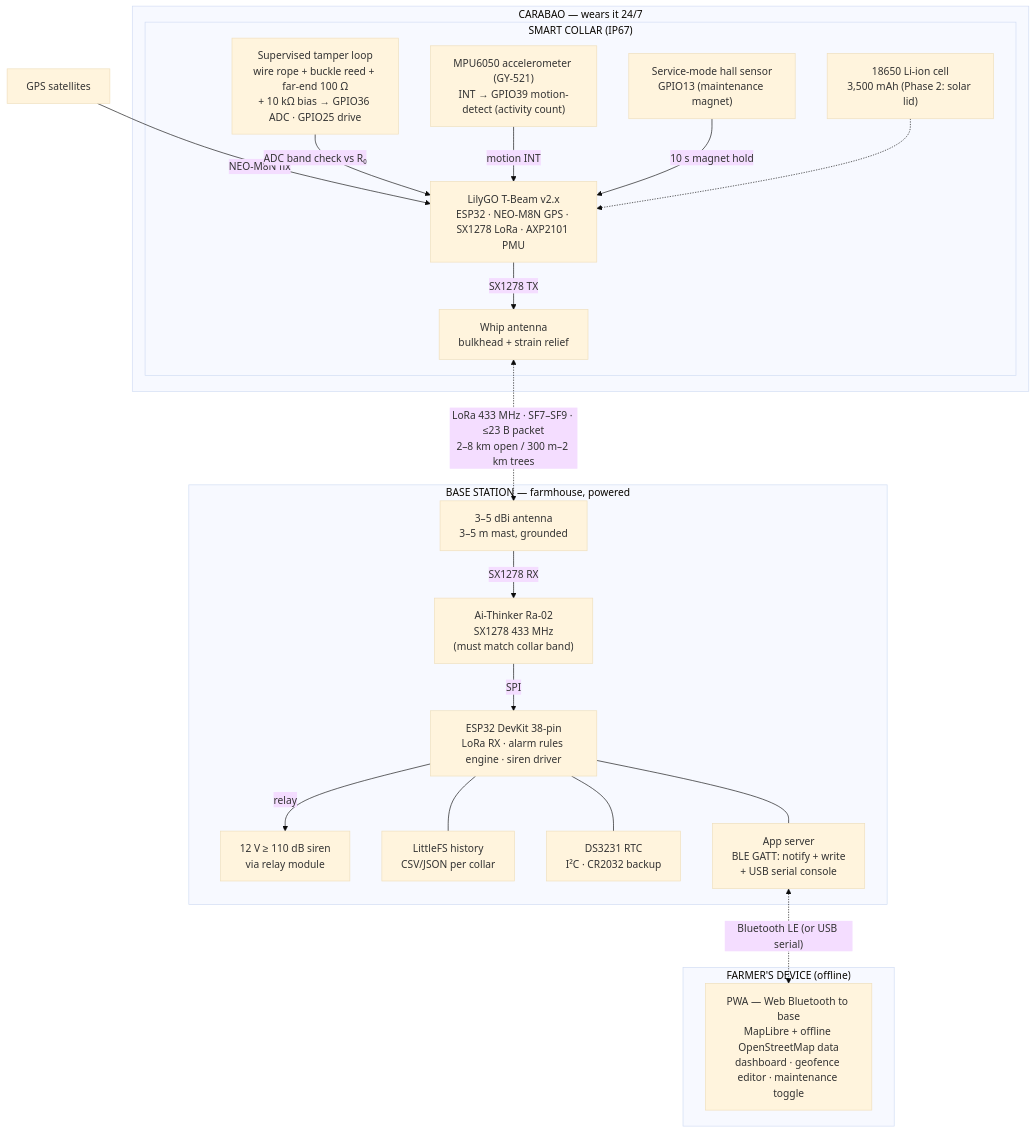
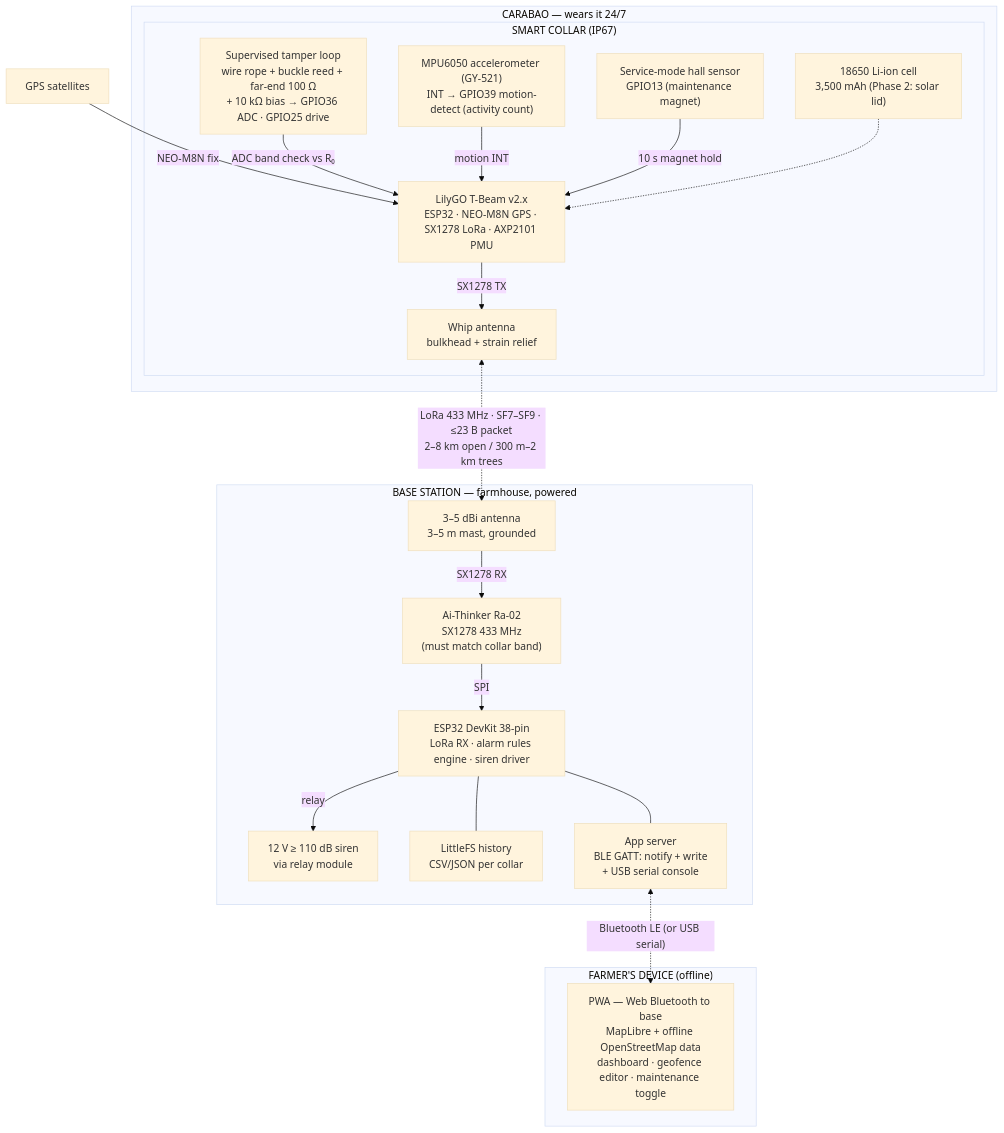
Before and after one commit to qppd/smart-collar: the first of 2 diagrams in docs/BLOCK-DIAGRAM.md, drawn with Mermaid (base theme). The commit also changed 11 other files, not shown here.

````diff
--- a/docs/BLOCK-DIAGRAM.md
+++ b/docs/BLOCK-DIAGRAM.md
@@ -9,44 +9,42 @@
 ```mermaid
 flowchart TB
     GPS["GPS satellites"]
 
     subgraph COW["CARABAO — wears it 24/7"]
         subgraph COLLAR["SMART COLLAR (IP67)"]
             TBEAM["LilyGO T-Beam v2.x<br/>ESP32 · NEO-M8N GPS · SX1278 LoRa · AXP2101 PMU"]
             LOOP["Supervised tamper loop<br/>wire rope + buckle reed + far-end 100 Ω<br/>+ 10 kΩ bias → GPIO36 ADC · GPIO25 drive"]
             ACCEL["MPU6050 accelerometer (GY-521)<br/>INT → GPIO39 motion-detect (activity count)"]
             HALL["Service-mode hall sensor<br/>GPIO13 (maintenance magnet)"]
             CELL["18650 Li-ion cell<br/>3,500 mAh (Phase 2: solar lid)"]
             WHIP["Whip antenna<br/>bulkhead + strain relief"]
         end
     end
 
     subgraph BASE["BASE STATION — farmhouse, powered"]
         DEVKIT["ESP32 DevKit 38-pin<br/>LoRa RX · alarm rules engine · siren driver"]
         RA02["Ai-Thinker Ra-02<br/>SX1278 433 MHz<br/>(must match collar band)"]
         MAST["3–5 dBi antenna<br/>3–5 m mast, grounded"]
         SIREN["12 V ≥ 110 dB siren<br/>via relay module"]
         STORE["LittleFS history<br/>CSV/JSON per collar"]
-        RTC["DS3231 RTC<br/>I²C · CR2032 backup"]
         APSRV["App server<br/>BLE GATT: notify + write<br/>+ USB serial console"]
     end
 
     subgraph FARM["FARMER'S DEVICE (offline)"]
         PWA["PWA — Web Bluetooth to base<br/>MapLibre + offline OpenStreetMap data<br/>dashboard · geofence editor · maintenance toggle"]
     end
 
     GPS -- "NEO-M8N fix" --> TBEAM
     LOOP -- "ADC band check vs R₀" --> TBEAM
     ACCEL -- "motion INT" --> TBEAM
     HALL -- "10 s magnet hold" --> TBEAM
     CELL -.-> TBEAM
     TBEAM -- "SX1278 TX" --> WHIP
     WHIP <-. "LoRa 433 MHz · SF7–SF9 · ≤23 B packet<br/>2–8 km open / 300 m–2 km trees" .-> MAST
     MAST -- "SX1278 RX" --> RA02
     RA02 -- "SPI" --> DEVKIT
     DEVKIT -- "relay" --> SIREN
     DEVKIT --- STORE
-    DEVKIT --- RTC
     DEVKIT --- APSRV
     APSRV <-. "Bluetooth LE (or USB serial)" .-> PWA
 ```
````
